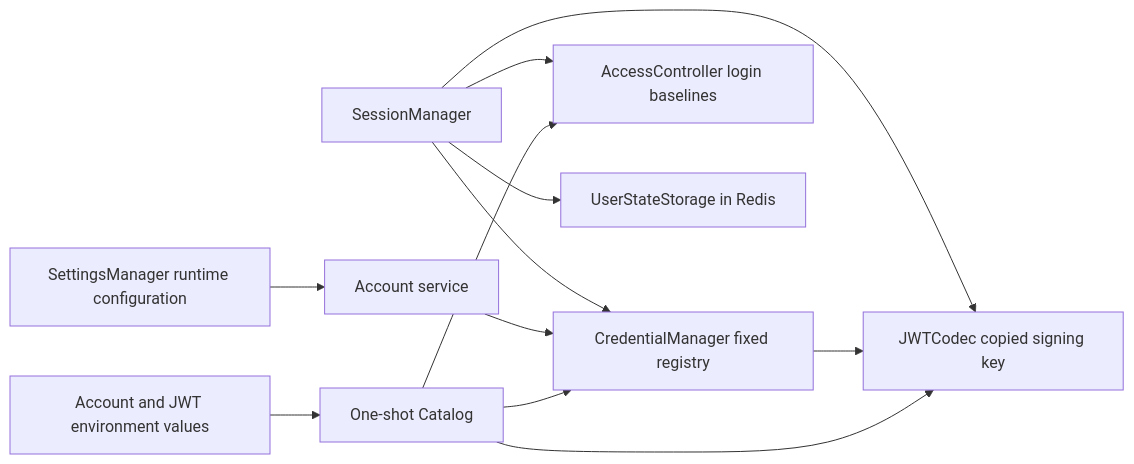
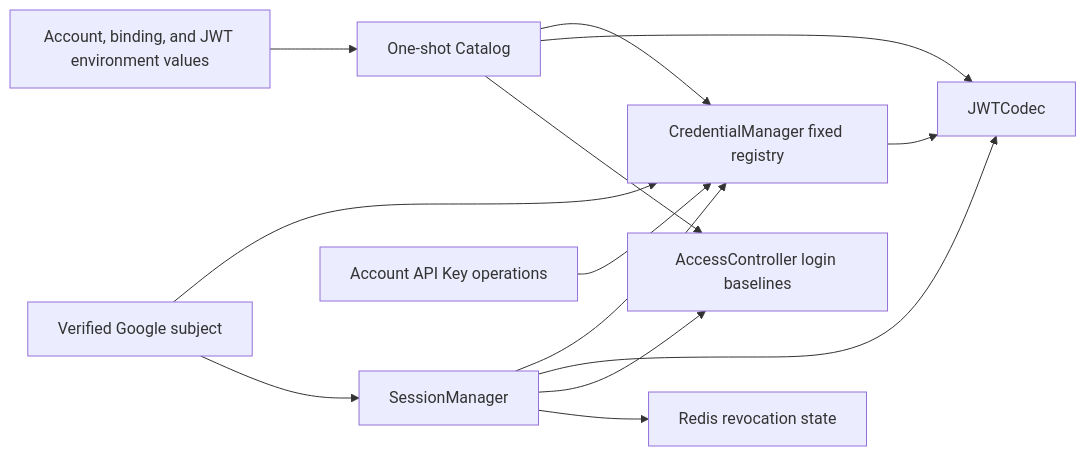
Before and after one commit to useryege/athena-o: the diagram in docs/design/identity-access/account-credentials.md, drawn with Mermaid. The commit also changed other lines of this file and 68 other files, not shown here.

````diff
--- a/docs/design/identity-access/account-credentials.md
+++ b/docs/design/identity-access/account-credentials.md
@@ -36,14 +37,15 @@
 ```mermaid
 flowchart LR
-    E["Account and JWT environment values"] --> C["One-shot Catalog"]
+    E["Account, binding, and JWT environment values"] --> C["One-shot Catalog"]
     C --> M["CredentialManager fixed registry"]
+    C --> J["JWTCodec"]
     C --> A["AccessController login baselines"]
-    C --> J["JWTCodec copied signing key"]
-    S["Account service"] --> M
+    O["Verified Google subject"] --> M
+    O --> S["SessionManager"]
+    K["Account API Key operations"] --> M
     M --> J
-    L["SessionManager"] --> M
-    L --> J
-    L --> A
-    L --> R["UserStateStorage in Redis"]
-    G["SettingsManager runtime configuration"] --> S
+    S --> M
+    S --> J
+    S --> A
+    S --> R["Redis revocation state"]
 ```
````
